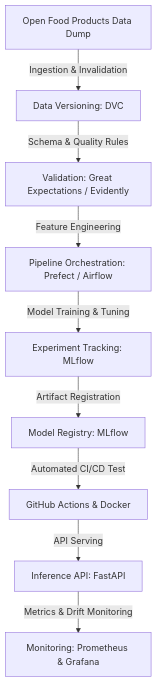
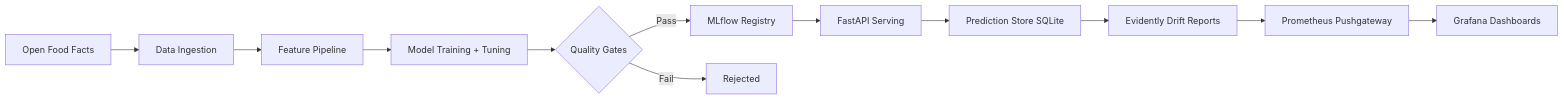
One commit to Ibraheem-Al-hafith/open_food_mlops changed the diagram in README.md. Above: the diagram before and after it, drawn with Mermaid. The commit also changed other lines of this file and 23 other files, not shown here.

````diff
--- a/README.md
+++ b/README.md
@@ -42,12 +50,14 @@
 ```mermaid
-flowchart TD
-    A[Open Food Products Data Dump] -->|Ingestion & Invalidation| B[Data Versioning: DVC]
-    B -->|Schema & Quality Rules| C[Validation: Great Expectations / Evidently]
-    C -->|Feature Engineering| D[Pipeline Orchestration: Prefect / Airflow]
-    D -->|Model Training & Tuning| E[Experiment Tracking: MLflow]
-    E -->|Artifact Registration| F[Model Registry: MLflow]
-    F -->|Automated CI/CD Test| G[GitHub Actions & Docker]
-    G -->|API Serving| H[Inference API: FastAPI]
-    H -->|Metrics & Drift Monitoring| I[Monitoring: Prometheus & Grafana]
-
+graph LR
+    A[Open Food Facts] --> B[Data Ingestion]
+    B --> C[Feature Pipeline]
+    C --> D[Model Training + Tuning]
+    D --> E{Quality Gates}
+    E -->|Pass| F[MLflow Registry]
+    E -->|Fail| G[Rejected]
+    F --> H[FastAPI Serving]
+    H --> I[Prediction Store SQLite]
+    I --> J[Evidently Drift Reports]
+    J --> K[Prometheus Pushgateway]
+    K --> L[Grafana Dashboards]
 ```
````
